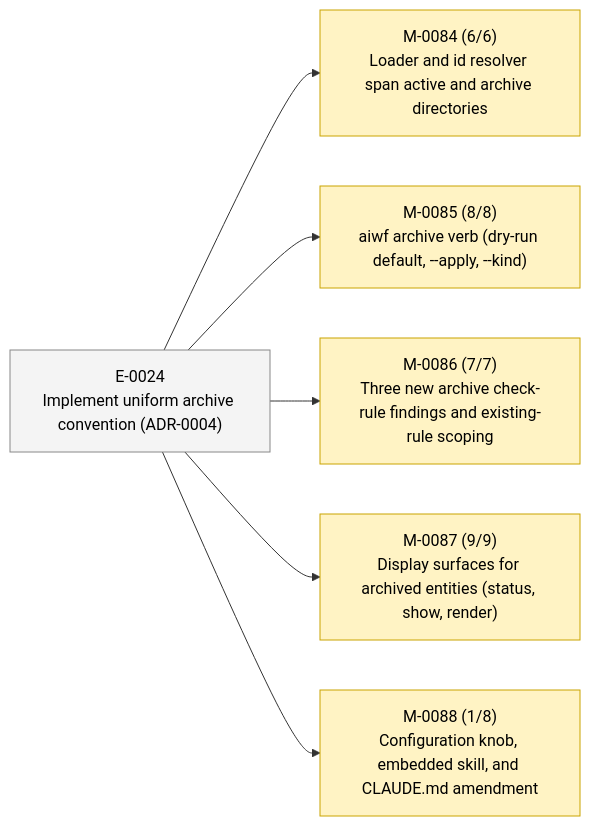
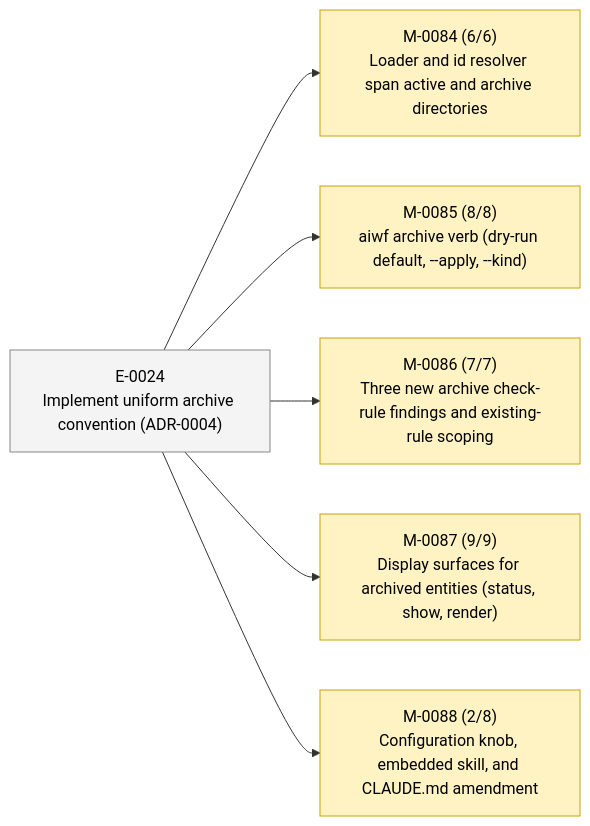
Before and after one commit to 23min/aiwf: the second of 2 diagrams in STATUS.md, drawn with Mermaid. The commit also changed other lines of this file and 1 other file, not shown here.

````diff
--- a/STATUS.md
+++ b/STATUS.md
@@ -49,20 +49,20 @@
 ```mermaid
 flowchart LR
   E_0024["E-0024<br/>Implement uniform archive convention (ADR-0004)"]:::epic_proposed
   M_0084["M-0084 (6/6)<br/>Loader and id resolver span active and archive directories"]:::ms_in_progress
   E_0024 --> M_0084
   M_0085["M-0085 (8/8)<br/>aiwf archive verb (dry-run default, --apply, --kind)"]:::ms_in_progress
   E_0024 --> M_0085
   M_0086["M-0086 (7/7)<br/>Three new archive check-rule findings and existing-rule scoping"]:::ms_in_progress
   E_0024 --> M_0086
   M_0087["M-0087 (9/9)<br/>Display surfaces for archived entities (status, show, render)"]:::ms_in_progress
   E_0024 --> M_0087
-  M_0088["M-0088 (1/8)<br/>Configuration knob, embedded skill, and CLAUDE.md amendment"]:::ms_in_progress
+  M_0088["M-0088 (2/8)<br/>Configuration knob, embedded skill, and CLAUDE.md amendment"]:::ms_in_progress
   E_0024 --> M_0088
   classDef epic_active fill:#d6eaff,stroke:#1a73e8,color:#000
   classDef epic_proposed fill:#f4f4f4,stroke:#888,color:#000
   classDef ms_done fill:#d8f5d8,stroke:#2a8a2a,color:#000
   classDef ms_in_progress fill:#fff3c4,stroke:#caa400,color:#000
   classDef ms_draft fill:#f4f4f4,stroke:#888,color:#000
   classDef ms_cancelled fill:#fbeaea,stroke:#c33,color:#000
 ```
````
